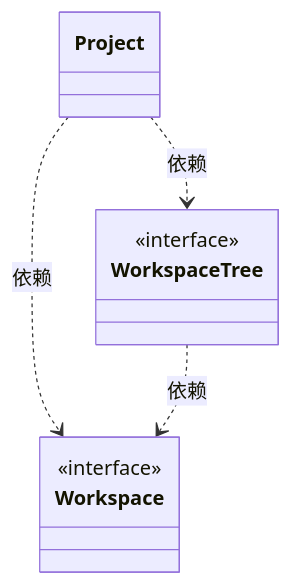
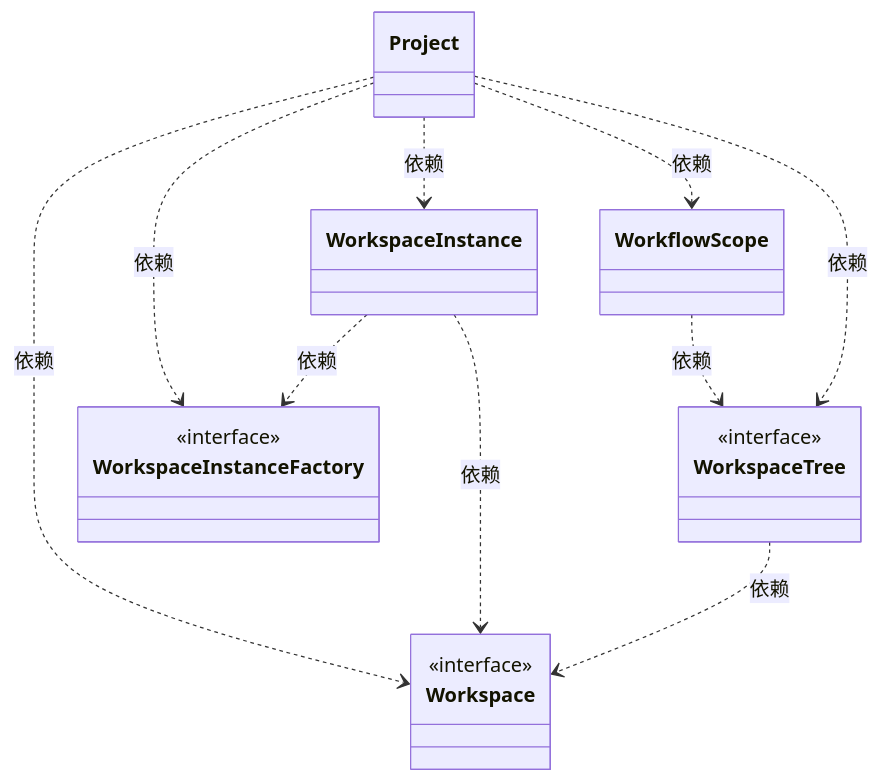
Before and after one commit to nan023062/cbim: the diagram in src/framework/business/ARCHITECTURE.md, drawn with Mermaid. The commit also changed other lines of this file and 480 other files, not shown here.

````diff
--- a/src/framework/business/ARCHITECTURE.md
+++ b/src/framework/business/ARCHITECTURE.md
@@ -19,16 +24,30 @@
 ```mermaid
 classDiagram
-class N_5964e70f821e["Project"]
-click N_5964e70f821e href "index.ts"
-class N_37af64d99ee9["WorkspaceTree"] {
+class N_ee8d75ac0790["Project"]
+click N_ee8d75ac0790 href "project.ts"
+class N_6f43b8a6a14d["WorkspaceTree"] {
   <<interface>>
 }
-click N_37af64d99ee9 href "index.ts"
-class N_a8a8552d666e["Workspace"] {
+click N_6f43b8a6a14d href "workspace.ts"
+class N_85e77893bfd9["Workspace"] {
   <<interface>>
 }
-click N_a8a8552d666e href "index.ts"
-N_5964e70f821e ..> N_37af64d99ee9 : 依赖
-N_5964e70f821e ..> N_a8a8552d666e : 依赖
-N_37af64d99ee9 ..> N_a8a8552d666e : 依赖
+click N_85e77893bfd9 href "workspace.ts"
+class N_958990e17266["WorkflowScope"]
+click N_958990e17266 href "workflow.ts"
+class N_c26b7944d23b["WorkspaceInstanceFactory"] {
+  <<interface>>
+}
+click N_c26b7944d23b href "workspace-instance.ts"
+class N_ae8ab1ec117e["WorkspaceInstance"]
+click N_ae8ab1ec117e href "workspace-instance.ts"
+N_958990e17266 ..> N_6f43b8a6a14d : 依赖
+N_ee8d75ac0790 ..> N_6f43b8a6a14d : 依赖
+N_ee8d75ac0790 ..> N_85e77893bfd9 : 依赖
+N_ee8d75ac0790 ..> N_958990e17266 : 依赖
+N_ee8d75ac0790 ..> N_c26b7944d23b : 依赖
+N_ee8d75ac0790 ..> N_ae8ab1ec117e : 依赖
+N_ae8ab1ec117e ..> N_85e77893bfd9 : 依赖
+N_ae8ab1ec117e ..> N_c26b7944d23b : 依赖
+N_6f43b8a6a14d ..> N_85e77893bfd9 : 依赖
 ```
````
